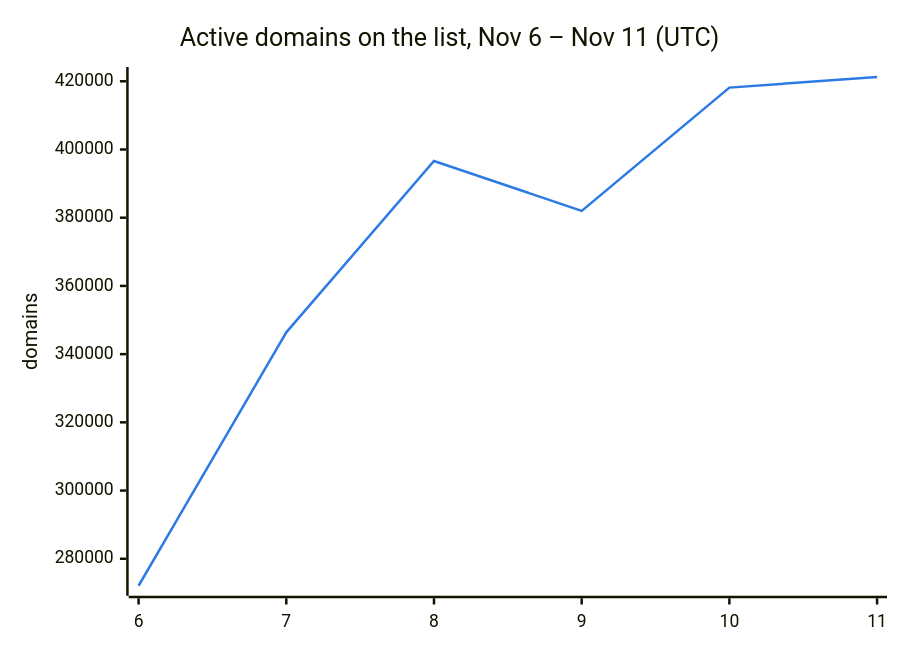
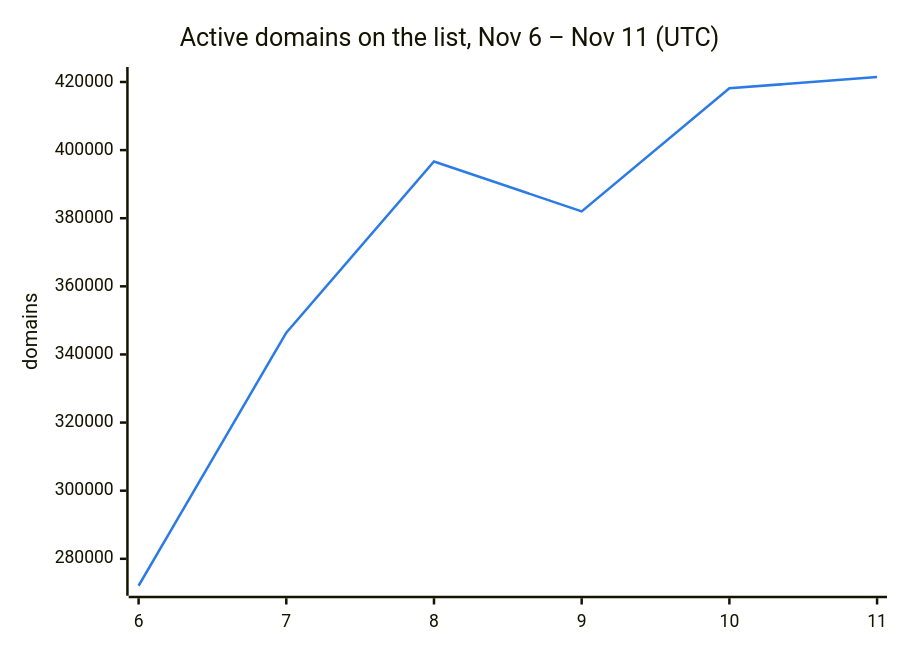
The second of 3 diagrams in README.md (DNSBunker/CTI), drawn with Mermaid before and after one commit. The commit also changed other lines of this file and 3 other files, not shown here.

````diff
--- a/README.md
+++ b/README.md
@@ -38,8 +38,8 @@
 ```mermaid
 %%{init: {"themeVariables": {"xyChart": {"plotColorPalette": "#2c7be5"}}}}%%
 xychart-beta
     title "Active domains on the list, Nov 6 – Nov 11 (UTC)"
     x-axis ["6", "7", "8", "9", "10", "11"]
     y-axis "domains"
-    line [272088, 346388, 396638, 382009, 418143, 421256]
+    line [272088, 346388, 396638, 382009, 418143, 421463]
 ```
````
